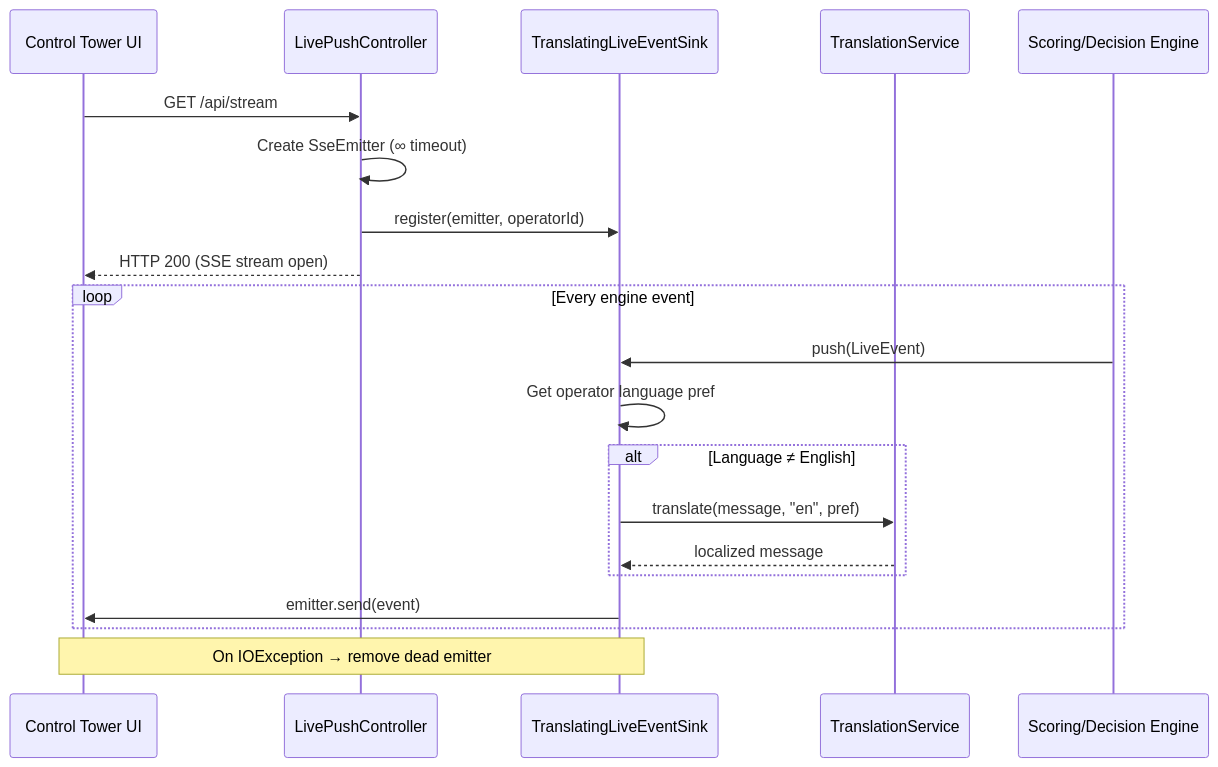
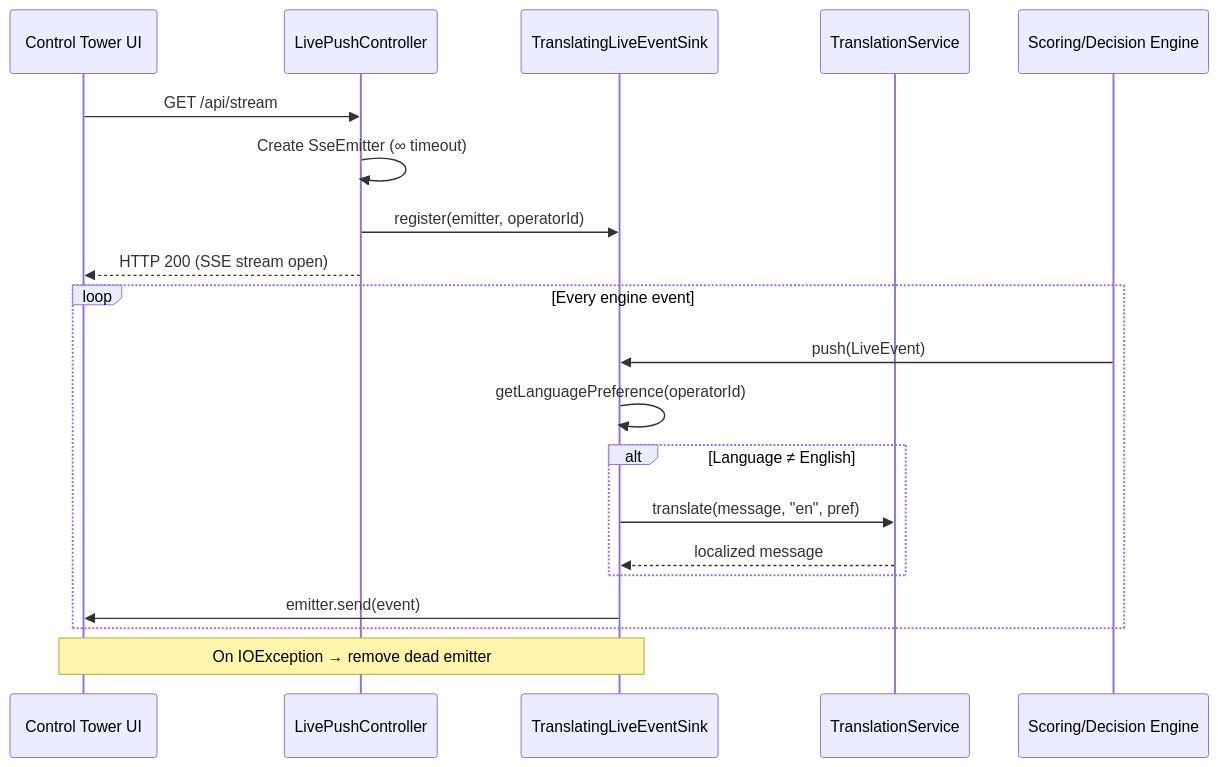
Diagram 17 of 26 in docs/product-design-and-execution-flow.md (rachitGupta-ai/IntentGuard), drawn with Mermaid before and after one commit. The commit also changed other lines of this file and 29 other files, not shown here.

````diff
--- a/docs/product-design-and-execution-flow.md
+++ b/docs/product-design-and-execution-flow.md
@@ -675,27 +694,27 @@
 ```mermaid
 sequenceDiagram
     participant Browser as Control Tower UI
     participant LPC as LivePushController
     participant TLES as TranslatingLiveEventSink
     participant TS as TranslationService
     participant Engine as Scoring/Decision Engine
 
     Browser->>LPC: GET /api/stream
     LPC->>LPC: Create SseEmitter (∞ timeout)
     LPC->>TLES: register(emitter, operatorId)
     LPC-->>Browser: HTTP 200 (SSE stream open)
 
     loop Every engine event
         Engine->>TLES: push(LiveEvent)
-        TLES->>TLES: Get operator language pref
+        TLES->>TLES: getLanguagePreference(operatorId)
 
         alt Language ≠ English
             TLES->>TS: translate(message, "en", pref)
             TS-->>TLES: localized message
         end
 
         TLES->>Browser: emitter.send(event)
     end
 
     Note over Browser,TLES: On IOException → remove dead emitter
 ```
````
